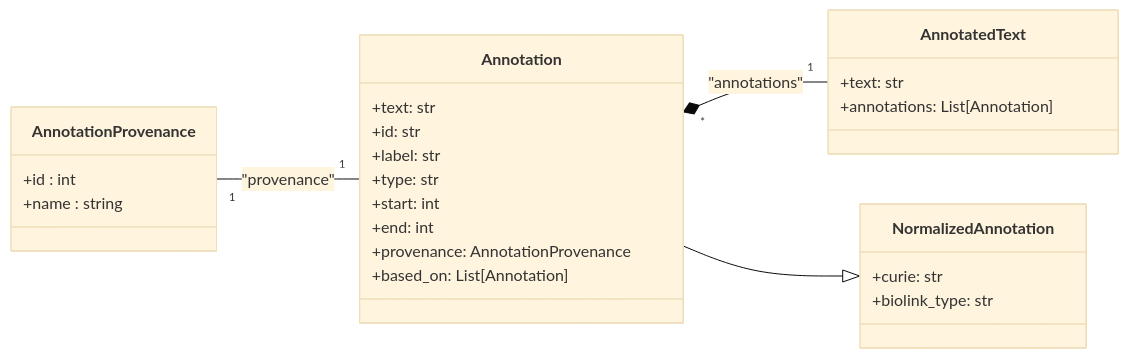
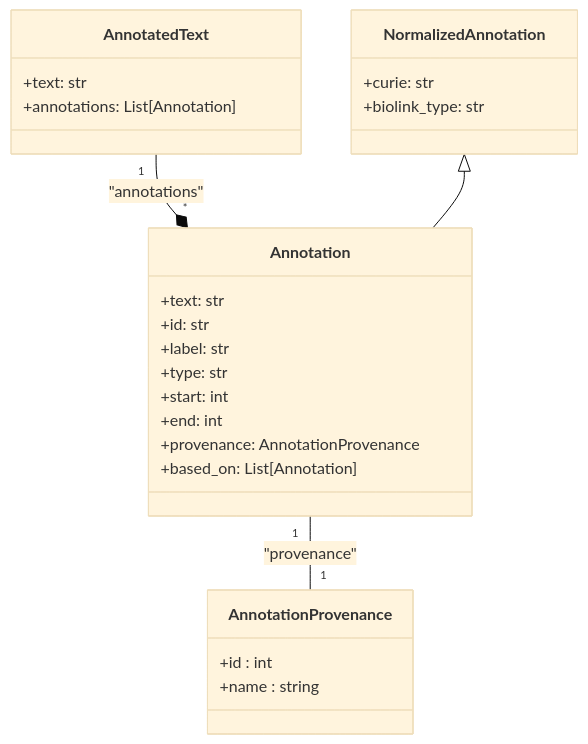
One commit to RENCI-NER/renci-ner changed the diagram in README.md. Above: the diagram before and after it, drawn with Mermaid (base theme).

Commit message:
Tweaked Mermaid in README to make it a bit clearer.

````diff
--- a/README.md
+++ b/README.md
@@ -6,34 +6,34 @@
 ```mermaid
 classDiagram
-  # direction RL
+  direction TD
 
   class AnnotatedText {
     +text: str
     +annotations: List[Annotation]
+  }
+
+  class AnnotationProvenance {
+    +id : int
+    +name : string
   }
 
   class Annotation {
     +text: str
     +id: str
     +label: str
     +type: str
     +start: int
     +end: int
     +provenance: AnnotationProvenance
     +based_on: List[Annotation]
   }
 
   class NormalizedAnnotation {
      +curie: str
      +biolink_type: str
   }
 
-  class AnnotationProvenance {
-    +id : int
-    +name : string
-  }
-
   Annotation "1" -- "1" AnnotationProvenance: "provenance"
   AnnotatedText "1" --* "*" Annotation: "annotations"
   NormalizedAnnotation <|-- Annotation
 ```
````
